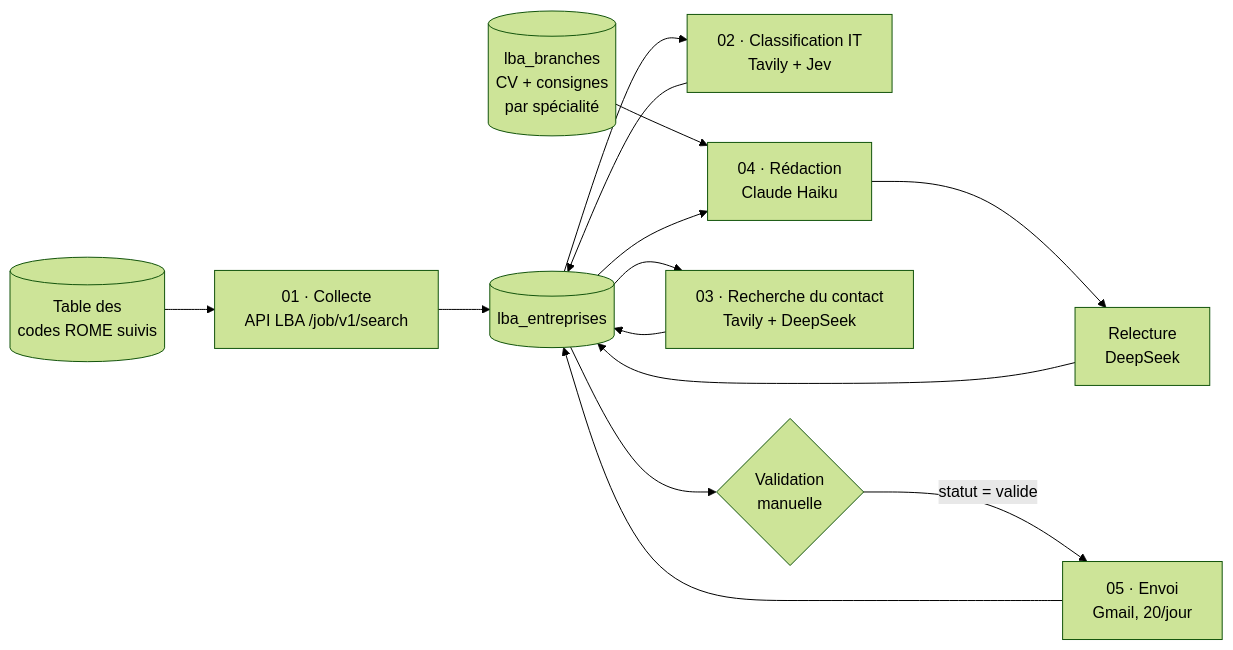
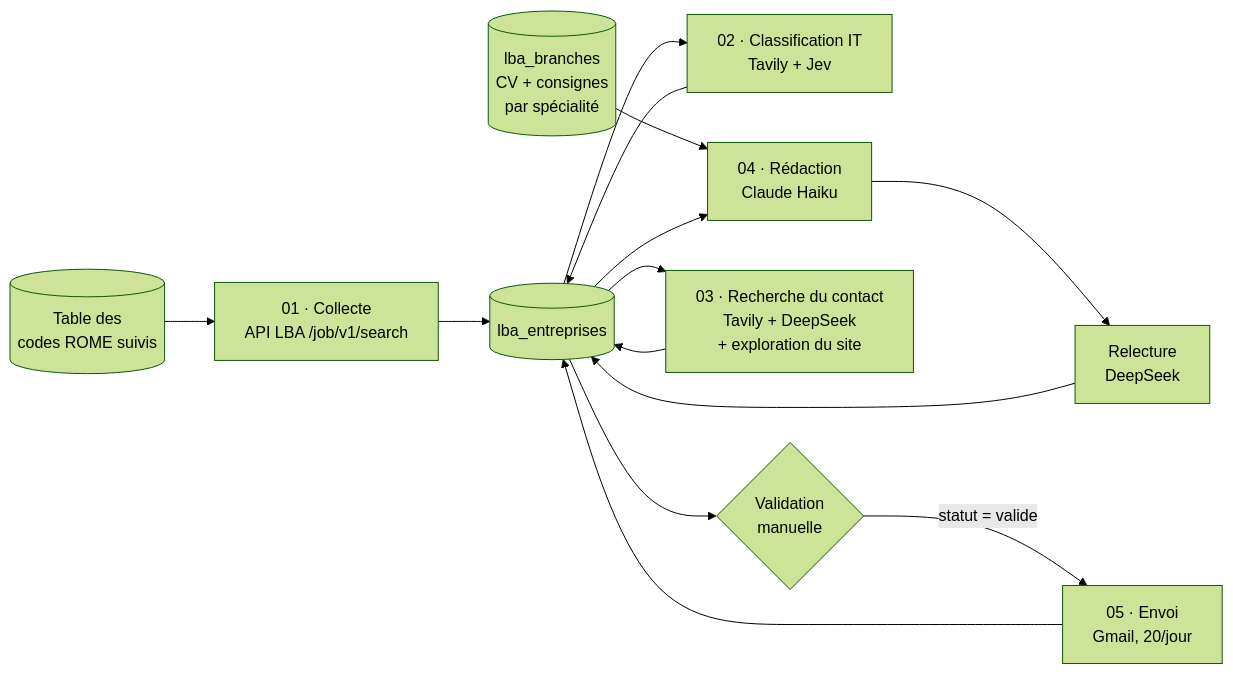
One commit to Gauthier-Faisandaz/LBA-automatisation-candidatures-spontan-es changed the diagram in README.md. Above: the diagram before and after it, drawn with Mermaid (forest theme). The commit also changed other lines of this file and 4 other files, not shown here.

First line of the commit message:
Recherche du contact : exploration directe du site officiel

````diff
--- a/README.md
+++ b/README.md
@@ -14,16 +14,16 @@
 ```mermaid
 flowchart LR
     A[(Table des<br/>codes ROME suivis)] --> B[01 · Collecte<br/>API LBA /job/v1/search]
     B --> T[(lba_entreprises)]
     T --> C[02 · Classification IT<br/>Tavily + Jev]
     C --> T
     R[(lba_branches<br/>CV + consignes<br/>par spécialité)] --> D
     T --> D[04 · Rédaction<br/>Claude Haiku]
     D --> RL[Relecture<br/>DeepSeek]
-    T --> K[03 · Recherche du contact<br/>Tavily + DeepSeek]
+    T --> K[03 · Recherche du contact<br/>Tavily + DeepSeek<br/>+ exploration du site]
     K --> T
     RL --> T
     T --> V{Validation<br/>manuelle}
     V -->|statut = valide| E[05 · Envoi<br/>Gmail, 20/jour]
     E --> T
 ```
````
